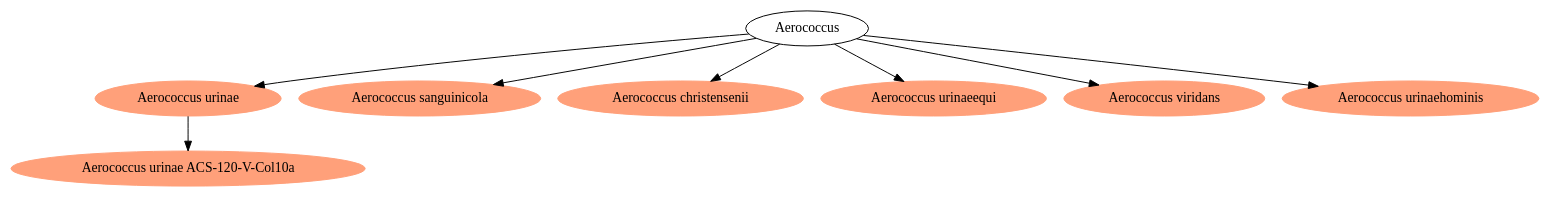
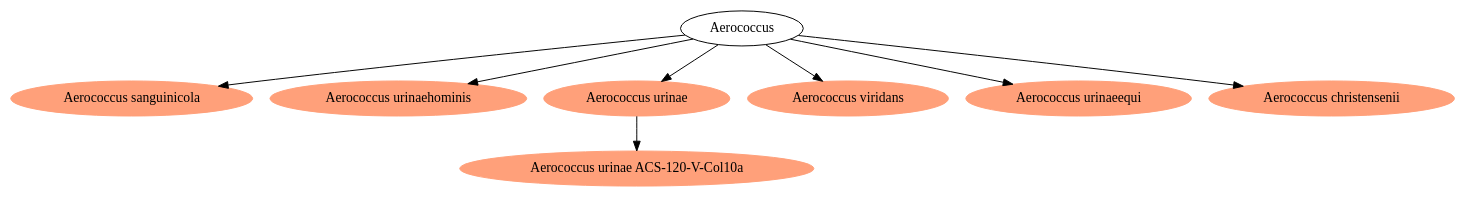
One commit to EvolBioInf/neighbors changed the diagram in tutorial/1375_n_g.dot. Above: the diagram before and after it, drawn with Graphviz. The commit also changed 7 other files, not shown here.

```diff
--- a/tutorial/1375_n_g.dot
+++ b/tutorial/1375_n_g.dot
@@ -1,31 +1,24 @@
 digraph g {
+	119206 [color="lightsalmon",style=filled]
+	119206 [label="Aerococcus sanguinicola"]
+	128944 [color="lightsalmon",style=filled]
+	128944 [label="Aerococcus urinaehominis"]
+	1375 -> 119206
+	1375 -> 128944
+	1375 -> 1376
+	1375 -> 1377
+	1375 -> 51665
+	1375 -> 87541
+	1375 [label="Aerococcus"]
 	1376 -> 866775
+	1376 [color="lightsalmon",style=filled]
+	1376 [label="Aerococcus urinae"]
+	1377 [color="lightsalmon",style=filled]
+	1377 [label="Aerococcus viridans"]
+	51665 [color="lightsalmon",style=filled]
+	51665 [label="Aerococcus urinaeequi"]
 	866775 [color="lightsalmon",style=filled]
 	866775 [label="Aerococcus urinae ACS-120-V-Col10a"]
-	1376 [color="lightsalmon",style=filled]
-	1376 [label="Aerococcus urinae"]
-	1375 -> 119206
-	119206 [color="lightsalmon",style=filled]
-	119206 [label="Aerococcus sanguinicola"]
-	1375 [label="Aerococcus"]
-	1375 -> 87541
 	87541 [color="lightsalmon",style=filled]
 	87541 [label="Aerococcus christensenii"]
-	1375 [label="Aerococcus"]
-	1375 -> 51665
-	51665 [color="lightsalmon",style=filled]
-	51665 [label="Aerococcus urinaeequi"]
-	1375 [label="Aerococcus"]
-	1375 -> 1377
-	1377 [color="lightsalmon",style=filled]
-	1377 [label="Aerococcus viridans"]
-	1375 [label="Aerococcus"]
-	1375 -> 128944
-	128944 [color="lightsalmon",style=filled]
-	128944 [label="Aerococcus urinaehominis"]
-	1375 [label="Aerococcus"]
-	1375 -> 1376
-	1376 [color="lightsalmon",style=filled]
-	1376 [label="Aerococcus urinae"]
-	1375 [label="Aerococcus"]
 }
```
